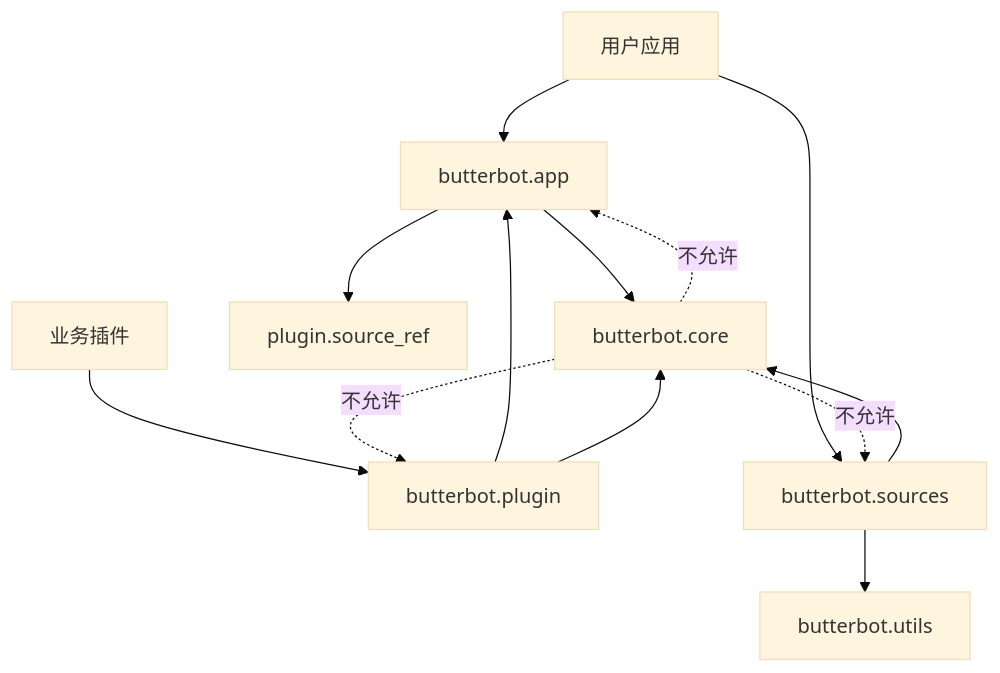
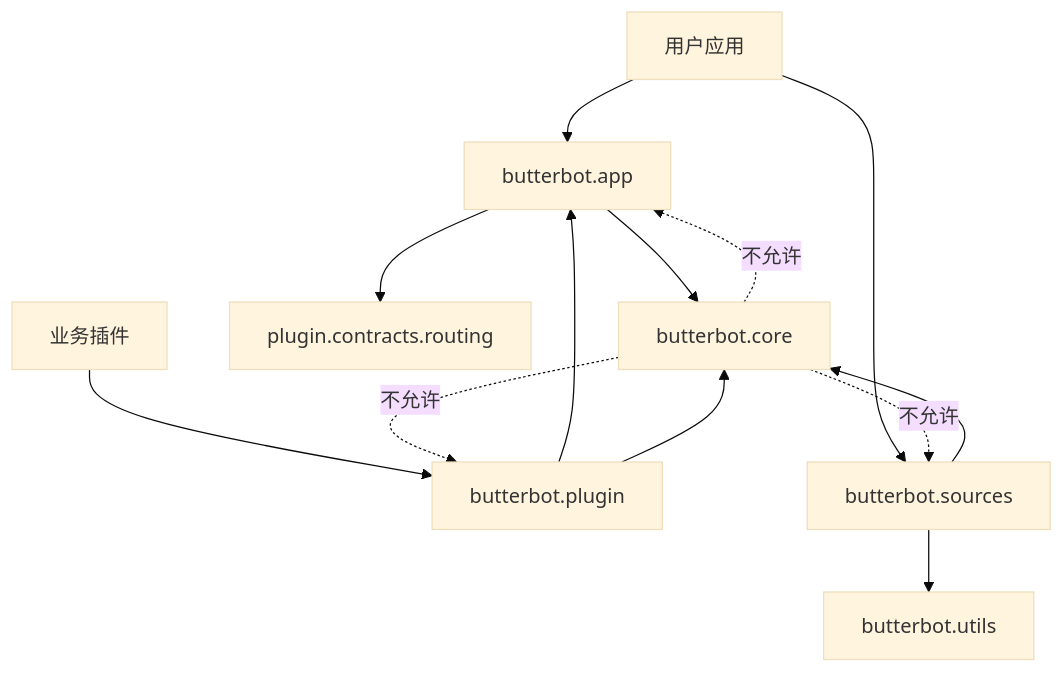
Before and after one commit to GEYUANwuqi/bilipy_bot: the diagram in docs/guide/project-structure.md, drawn with Mermaid (base theme). The commit also changed other lines of this file and 7 other files, not shown here.

````diff
--- a/docs/guide/project-structure.md
+++ b/docs/guide/project-structure.md
@@ -77,15 +81,15 @@
 ```mermaid
 flowchart TD
   U[用户应用] --> APP[butterbot.app]
   P[业务插件] --> PLUGIN[butterbot.plugin]
-  APP --> CONTRACT[plugin.source_ref]
+  APP --> CONTRACT[plugin.contracts.routing]
   PLUGIN --> APP
   APP --> CORE[butterbot.core]
   PLUGIN --> CORE
   U --> SOURCES[butterbot.sources]
   SOURCES --> CORE
   SOURCES --> UTILS[butterbot.utils]
   CORE -. 不允许 .-> APP
   CORE -. 不允许 .-> PLUGIN
   CORE -. 不允许 .-> SOURCES
 ```
````
